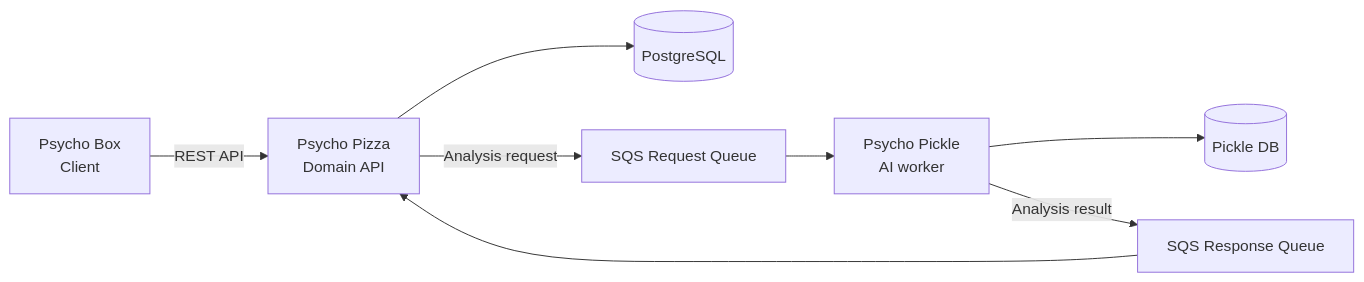
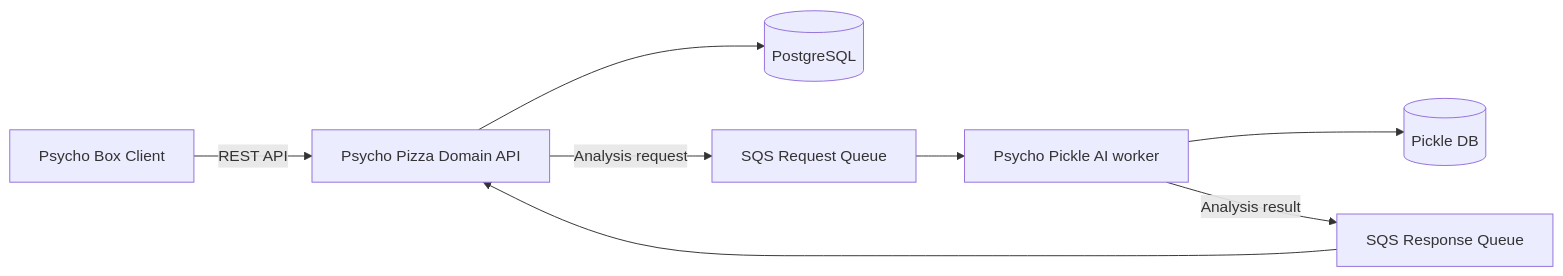
One commit to dawwson/psycho.pizza changed the diagram in README.md. Above: the diagram before and after it, drawn with Mermaid. The commit also changed other lines of this file and 3 other files, not shown here.

````diff
--- a/README.md
+++ b/README.md
@@ -7,10 +7,10 @@
 ```mermaid
 flowchart LR
-    Box["Psycho Box<br/>Client"] -->|REST API| Pizza["Psycho Pizza<br/>Domain API"]
-    Pizza --> PizzaDB[("PostgreSQL")]
-    Pizza -->|Analysis request| RequestQueue["SQS Request Queue"]
-    RequestQueue --> Pickle["Psycho Pickle<br/>AI worker"]
-    Pickle --> PickleDB[("Pickle DB")]
-    Pickle -->|Analysis result| ResponseQueue["SQS Response Queue"]
+    Box[Psycho Box Client] -->|REST API| Pizza[Psycho Pizza Domain API]
+    Pizza --> PizzaDB[(PostgreSQL)]
+    Pizza -->|Analysis request| RequestQueue[SQS Request Queue]
+    RequestQueue --> Pickle[Psycho Pickle AI worker]
+    Pickle --> PickleDB[(Pickle DB)]
+    Pickle -->|Analysis result| ResponseQueue[SQS Response Queue]
     ResponseQueue --> Pizza
 ```
````
